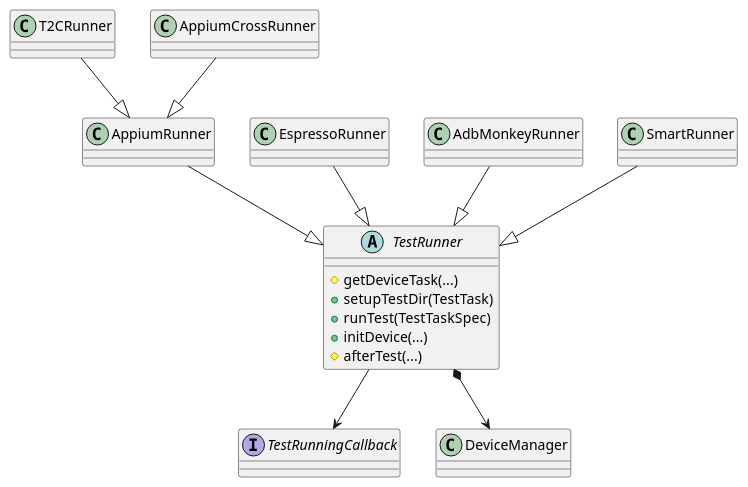
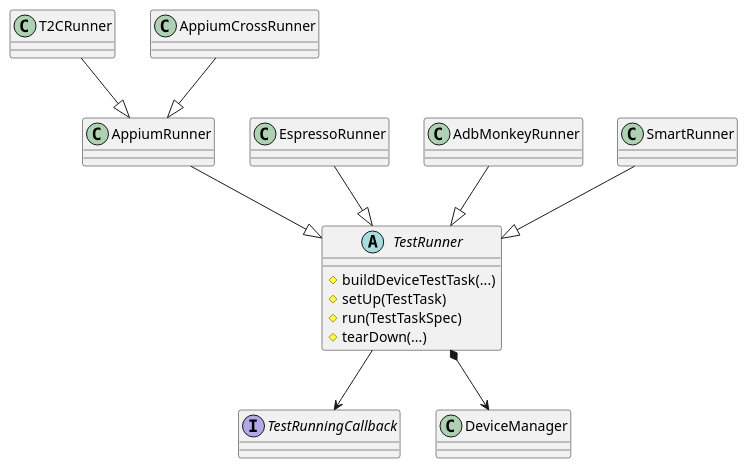
Before and after one commit to microsoft/HydraLab: the first of 7 diagrams in agent/doc/UML/test_runner_design.puml, drawn with PlantUML. The commit also changed other lines of this file and 1 other file, not shown here.

Commit message:
Correct the runner uml

```diff
--- a/agent/doc/UML/test_runner_design.puml
+++ b/agent/doc/UML/test_runner_design.puml
@@ -1,22 +1,21 @@
 @startuml test_runners_classes
 abstract class TestRunner {
-    #getDeviceTask(...)
-    +setupTestDir(TestTask)
-    +runTest(TestTaskSpec)
-    +initDevice(...)
-    #afterTest(...)
+    #buildDeviceTestTask(...)
+    #setUp(TestTask)
+    #run(TestTaskSpec)
+    #tearDown(...)
 }
 interface TestRunningCallback
 
 AppiumRunner --|> TestRunner
 EspressoRunner --|> TestRunner
 AdbMonkeyRunner --|> TestRunner
 T2CRunner --|> AppiumRunner
 SmartRunner --|> TestRunner
 
 TestRunner --> TestRunningCallback
 
 TestRunner *--> DeviceManager
 
 AppiumCrossRunner --|> AppiumRunner
 @enduml
```
